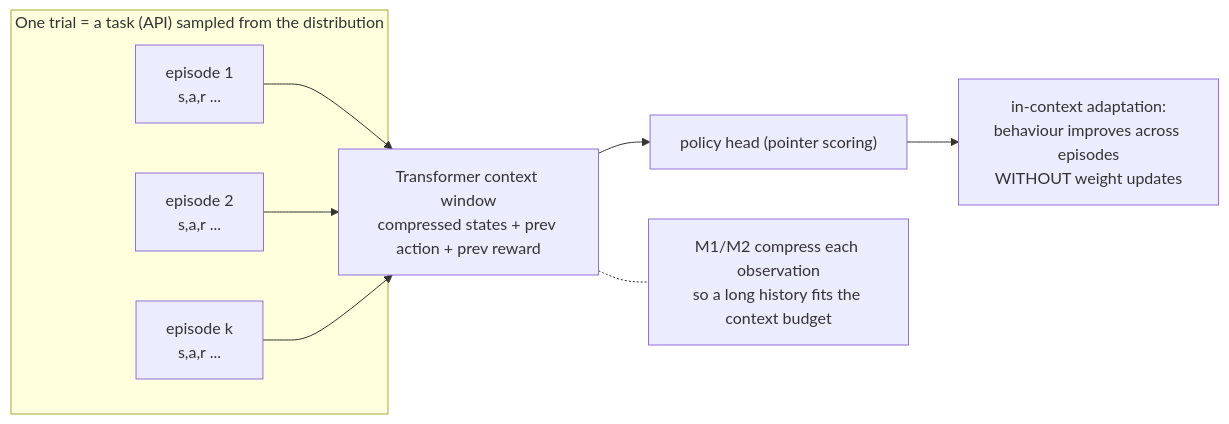
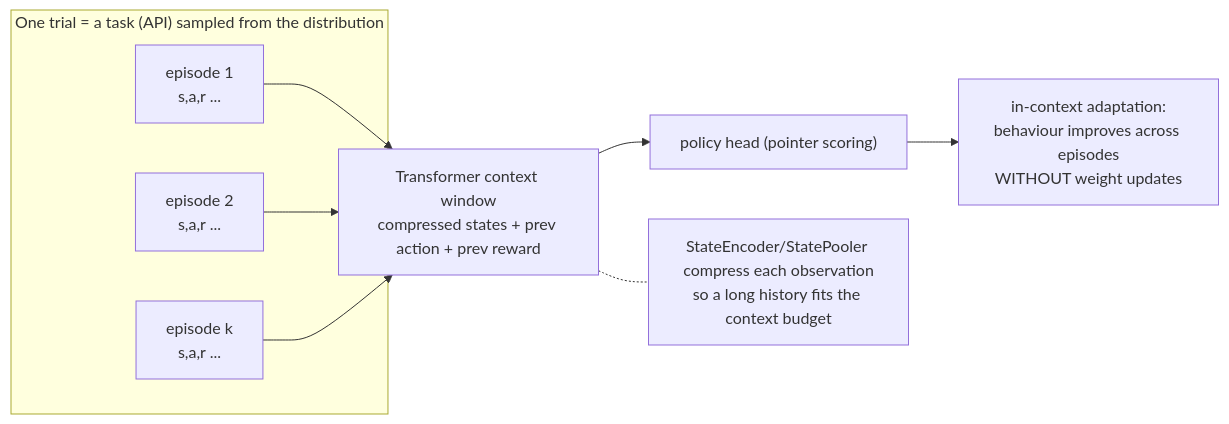
Before and after one commit to spyroot/igc: the fifth of 8 diagrams in docs/ARCHITECTURE.md, drawn with Mermaid. The commit also changed other lines of this file and 22 other files, not shown here.

````diff
--- a/docs/ARCHITECTURE.md
+++ b/docs/ARCHITECTURE.md
@@ -467,16 +469,16 @@
 ```mermaid
 flowchart LR
     subgraph TRIAL["One trial = a task (API) sampled from the distribution"]
         E1["episode 1<br/>s,a,r ..."]
         E2["episode 2<br/>s,a,r ..."]
         Ek["episode k<br/>s,a,r ..."]
     end
     E1 --> CTX
     E2 --> CTX
     Ek --> CTX
     CTX["Transformer context window<br/>compressed states + prev action + prev reward"]
     CTX --> POL["policy head (pointer scoring)"]
     POL --> ADAPT["in-context adaptation:<br/>behaviour improves across episodes<br/>WITHOUT weight updates"]
-    NOTE["M1/M2 compress each observation<br/>so a long history fits the context budget"]
+    NOTE["StateEncoder/StatePooler compress each observation<br/>so a long history fits the context budget"]
     CTX -.- NOTE
 ```
````
